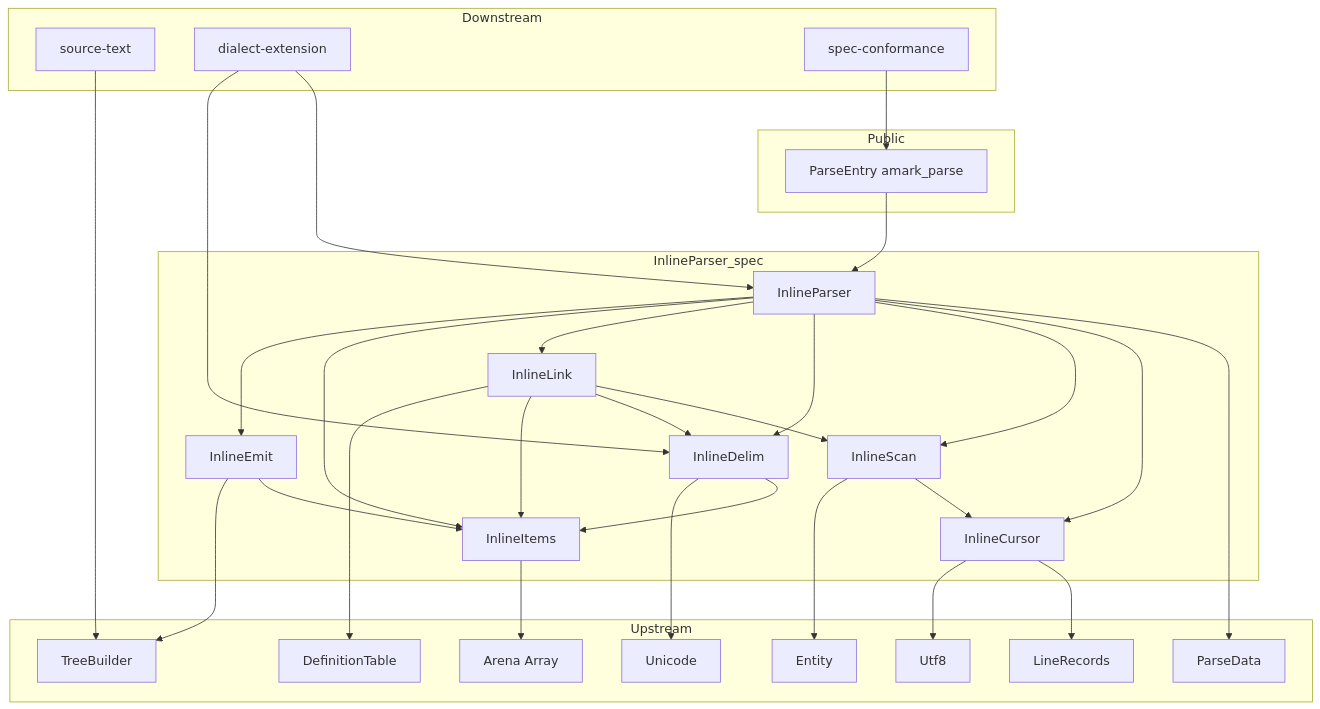
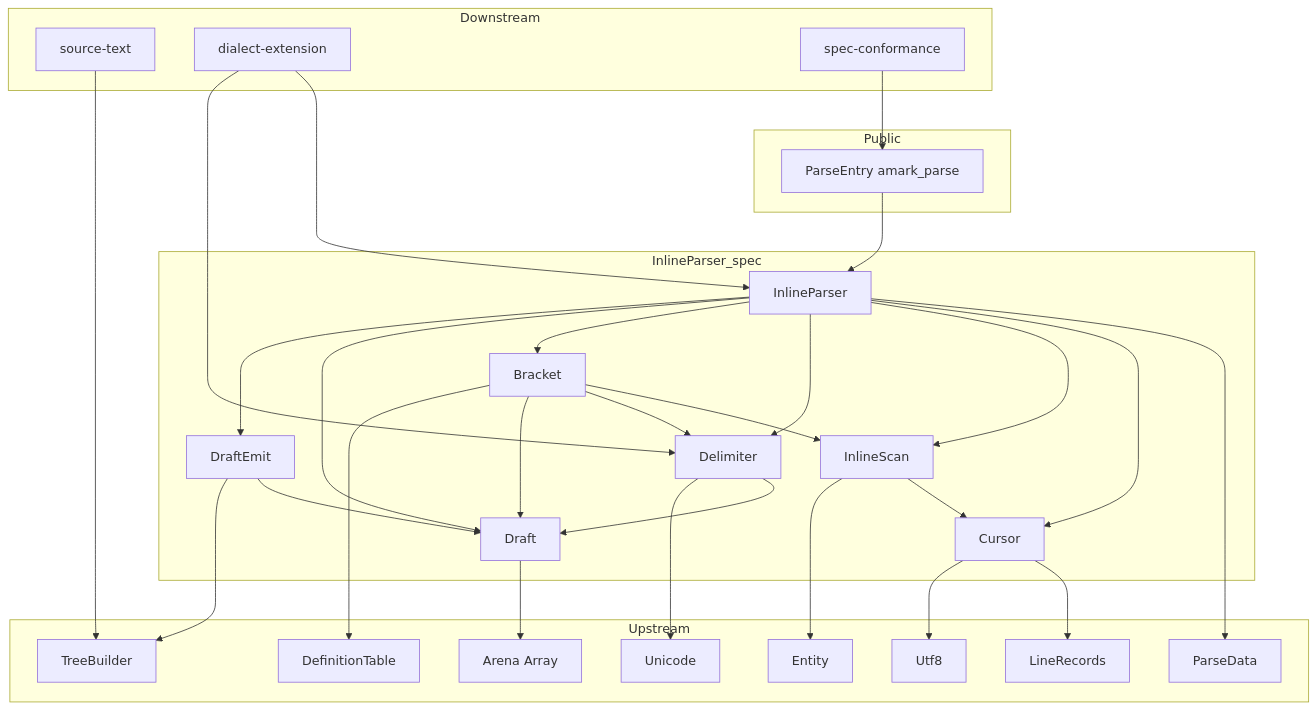
Before and after one commit to ktdevx/amark-private: the first of 3 diagrams in .kiro/specs/inline-parser/design.md, drawn with Mermaid. The commit also changed other lines of this file and 1 other file, not shown here.

First line of the commit message:
spec(inline-parser): ソースファイルの名前を既存のものにそろえる

````diff
--- a/.kiro/specs/inline-parser/design.md
+++ b/.kiro/specs/inline-parser/design.md
@@ -86,55 +85,55 @@
 ```mermaid
 graph TB
     subgraph Public
         ParseEntry[ParseEntry amark_parse]
     end
     subgraph InlineParser_spec
         InlineParser[InlineParser]
-        InlineLink[InlineLink]
-        InlineDelim[InlineDelim]
+        Bracket[Bracket]
+        Delimiter[Delimiter]
         InlineScan[InlineScan]
-        InlineCursor[InlineCursor]
-        InlineItems[InlineItems]
-        InlineEmit[InlineEmit]
+        Cursor[Cursor]
+        Draft[Draft]
+        DraftEmit[DraftEmit]
     end
     subgraph Upstream
         ParseData[ParseData]
         LineRecords[LineRecords]
         DefinitionTable[DefinitionTable]
         TreeBuilder[TreeBuilder]
         Unicode[Unicode]
         Entity[Entity]
         Utf8[Utf8]
         Parts[Arena Array]
     end
     subgraph Downstream
         SourceText[source-text]
         Dialect[dialect-extension]
         Conformance[spec-conformance]
     end
     ParseEntry --> InlineParser
     InlineParser --> ParseData
-    InlineParser --> InlineCursor
+    InlineParser --> Cursor
     InlineParser --> InlineScan
-    InlineParser --> InlineDelim
-    InlineParser --> InlineLink
-    InlineParser --> InlineItems
-    InlineParser --> InlineEmit
-    InlineLink --> InlineScan
-    InlineLink --> InlineDelim
-    InlineLink --> InlineItems
-    InlineLink --> DefinitionTable
-    InlineDelim --> InlineItems
-    InlineDelim --> Unicode
-    InlineScan --> InlineCursor
+    InlineParser --> Delimiter
+    InlineParser --> Bracket
+    InlineParser --> Draft
+    InlineParser --> DraftEmit
+    Bracket --> InlineScan
+    Bracket --> Delimiter
+    Bracket --> Draft
+    Bracket --> DefinitionTable
+    Delimiter --> Draft
+    Delimiter --> Unicode
+    InlineScan --> Cursor
     InlineScan --> Entity
-    InlineCursor --> LineRecords
-    InlineCursor --> Utf8
-    InlineEmit --> InlineItems
-    InlineEmit --> TreeBuilder
-    InlineItems --> Parts
+    Cursor --> LineRecords
+    Cursor --> Utf8
+    DraftEmit --> Draft
+    DraftEmit --> TreeBuilder
+    Draft --> Parts
     Dialect --> InlineParser
-    Dialect --> InlineDelim
+    Dialect --> Delimiter
     SourceText --> TreeBuilder
     Conformance --> ParseEntry
 ```
````
